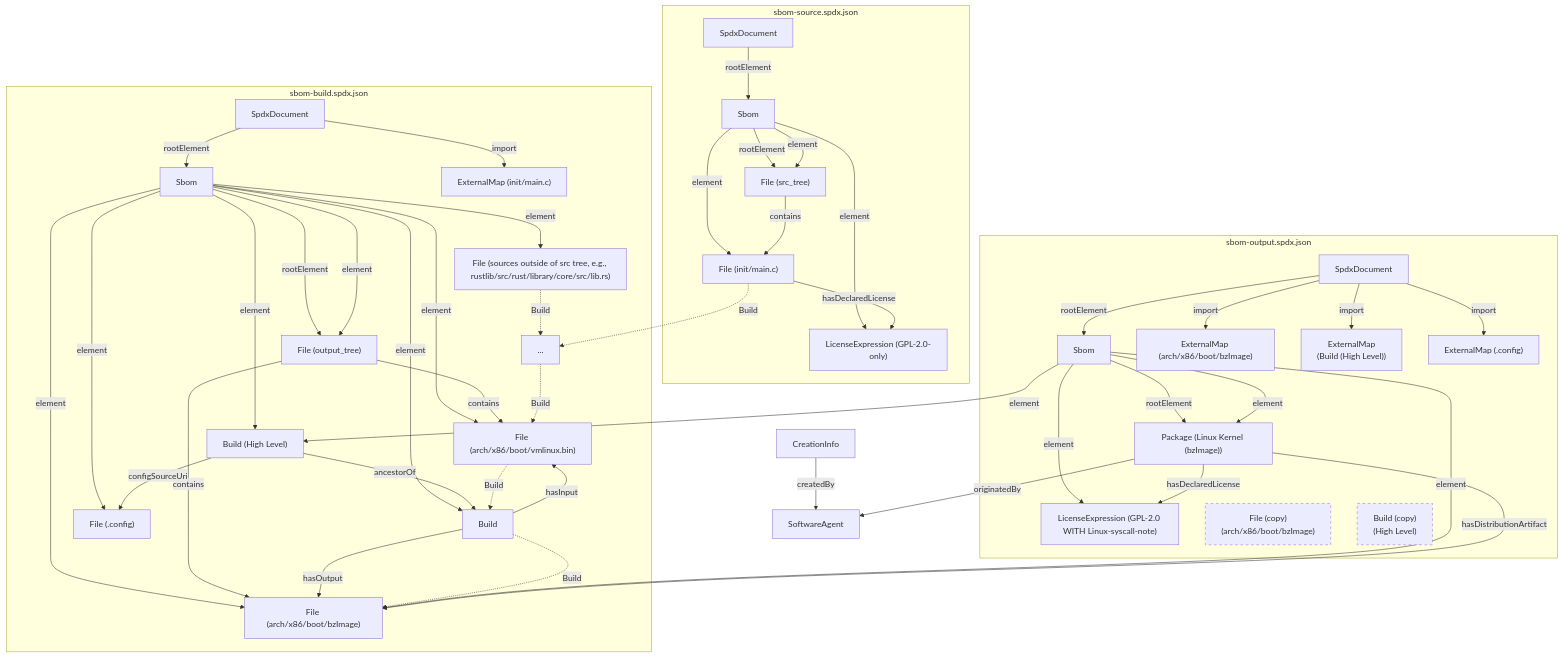
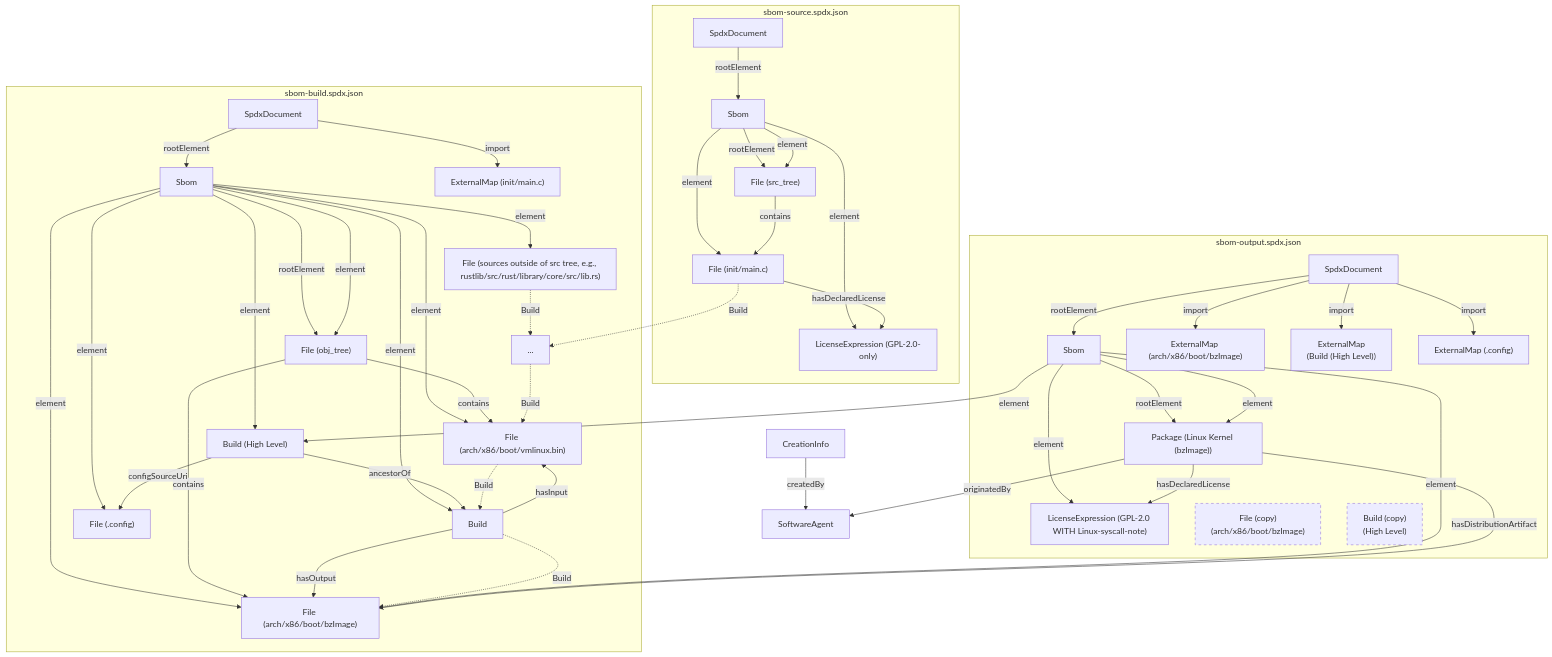
The first of 2 diagrams in README.md (TNG/KernelSbom), drawn with Mermaid before and after one commit. The commit also changed other lines of this file and 15 other files, not shown here.

Commit message:
renamed output tree to obj tree

```diff
--- a/README.md
+++ b/README.md
@@ -110,7 +110,7 @@
         HIGH_LEVEL_BUILD["Build (High Level)"]
         LOW_LEVEL_BUILD["Build"]
 
-        OUTPUT_TREE["File (output_tree)"]
+        OBJ_TREE["File (obj_tree)"]
         VMLINUX_BIN["File (arch/x86/boot/vmlinux.bin)"]
         BZIMAGE["File (arch/x86/boot/bzImage)"]
         DOTDOT["..."]
@@ -121,8 +121,8 @@
         BUILD_DOC -->|rootElement| BUILD_SBOM
         BUILD_DOC -->|import| MAINC_EXTERNALMAP
 
-        BUILD_SBOM -->|rootElement| OUTPUT_TREE
-        BUILD_SBOM -->|element| OUTPUT_TREE
+        BUILD_SBOM -->|rootElement| OBJ_TREE
+        BUILD_SBOM -->|element| OBJ_TREE
         BUILD_SBOM -->|element| RUSTLIB
         BUILD_SBOM -->|element| VMLINUX_BIN
         BUILD_SBOM -->|element| BZIMAGE
@@ -130,8 +130,8 @@
         BUILD_SBOM -->|element| LOW_LEVEL_BUILD
         BUILD_SBOM -->|element| CONFIG
 
-        OUTPUT_TREE -->|contains| VMLINUX_BIN
-        OUTPUT_TREE -->|contains| BZIMAGE
+        OBJ_TREE -->|contains| VMLINUX_BIN
+        OBJ_TREE -->|contains| BZIMAGE
 
         HIGH_LEVEL_BUILD -->|ancestorOf| LOW_LEVEL_BUILD
         HIGH_LEVEL_BUILD -->|configSourceUri| CONFIG
```
